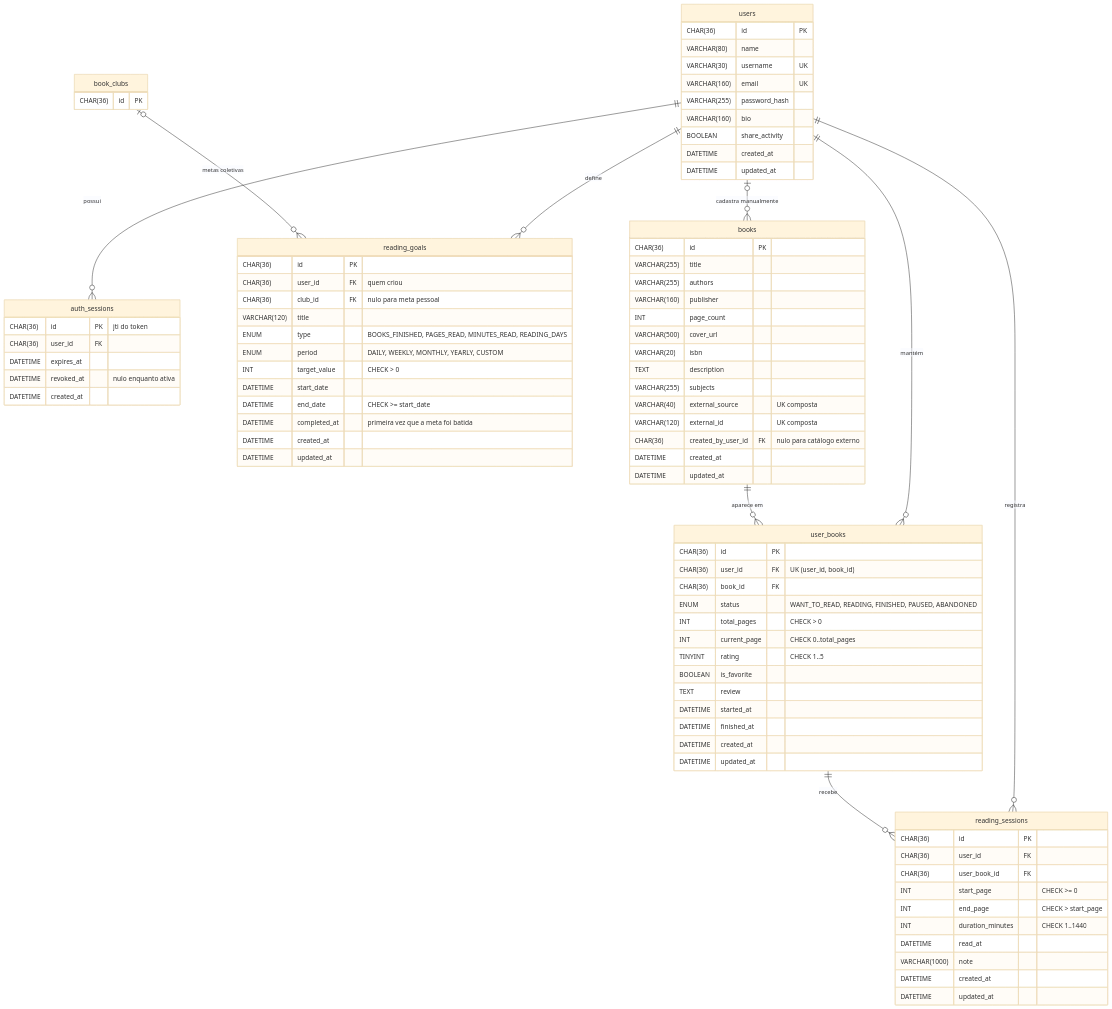
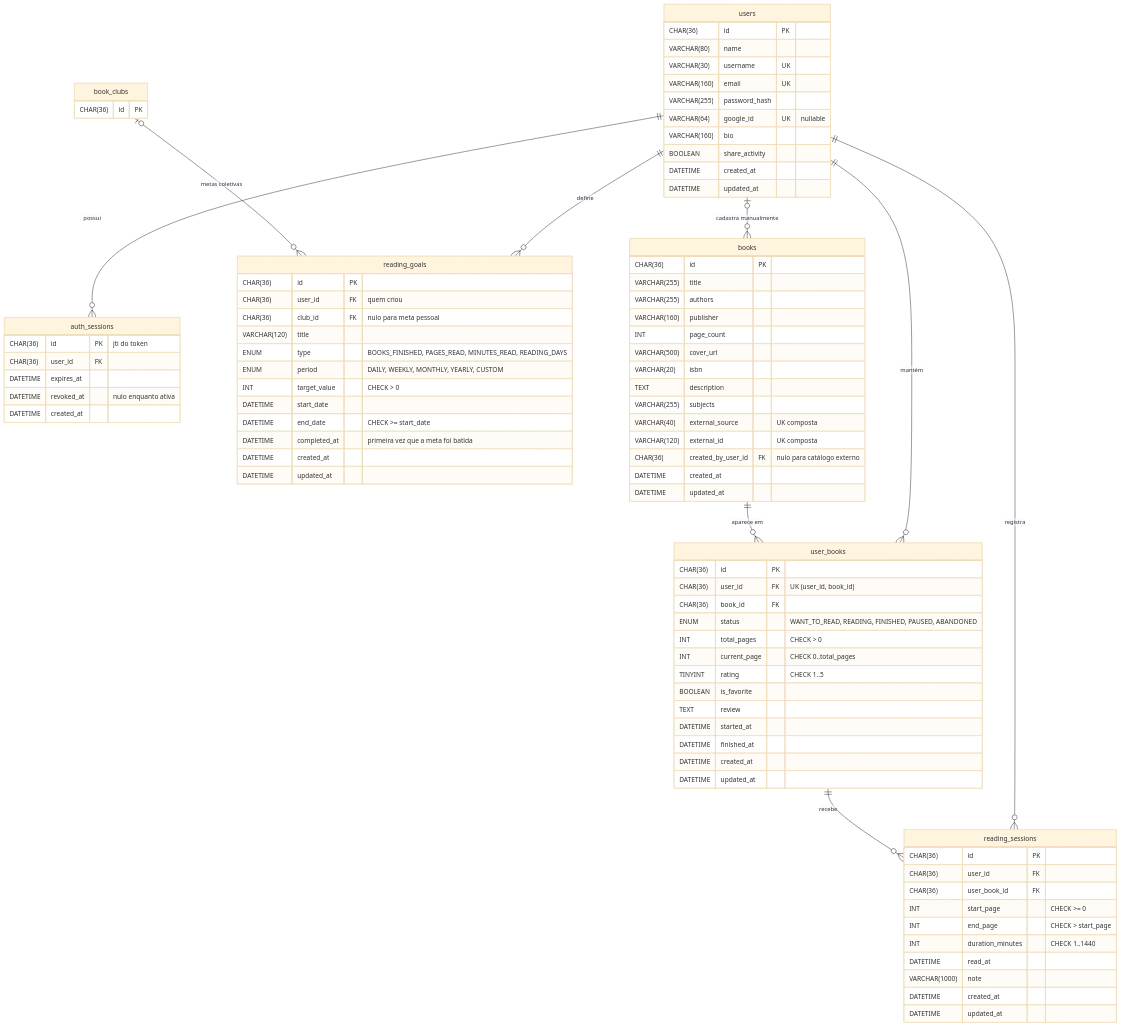
The first of 2 diagrams in README.md (SabrinaMeloBorges/library-app), drawn with Mermaid (base theme) before and after one commit. The commit also changed other lines of this file, not shown here.

Commit message:
docs: documenta login com Google e deploy no README

```diff
--- a/README.md
+++ b/README.md
@@ -403,6 +419,7 @@
         VARCHAR(30) username UK
         VARCHAR(160) email UK
         VARCHAR(255) password_hash
+        VARCHAR(64) google_id UK "nullable"
         VARCHAR(160) bio
         BOOLEAN share_activity
         DATETIME created_at
```
